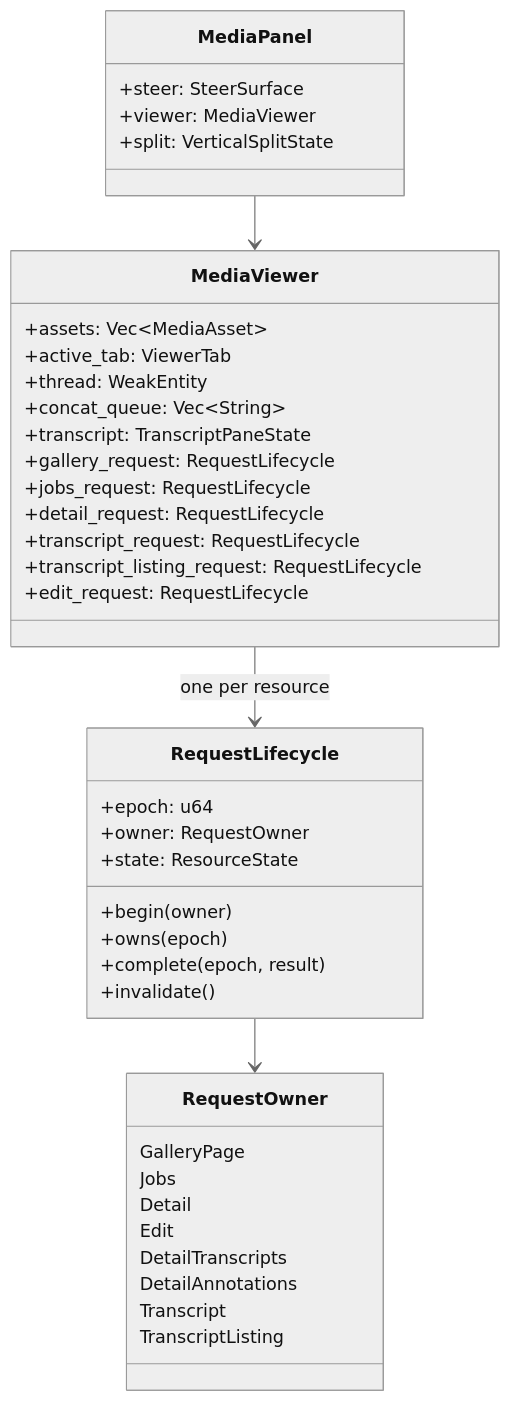
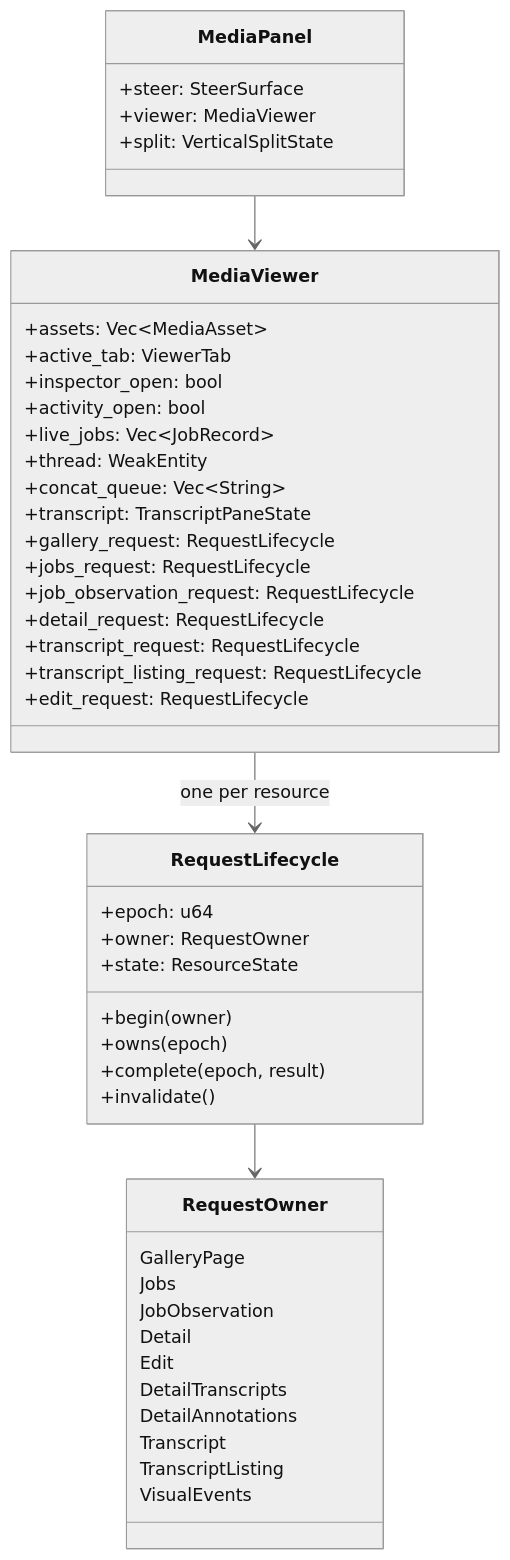
One commit to mdz-axo/zed-kask changed the first of 2 diagrams in kask/docs/diataxis/media_panel/reference.md. Above: the diagram before and after it, drawn with Mermaid (neutral theme). The commit also changed other lines of this file and 4 other files, not shown here.

````diff
--- a/kask/docs/diataxis/media_panel/reference.md
+++ b/kask/docs/diataxis/media_panel/reference.md
@@ -82,43 +98,49 @@
 ```mermaid
 classDiagram
     class MediaPanel {
         +steer: SteerSurface
         +viewer: MediaViewer
         +split: VerticalSplitState
     }
     class MediaViewer {
         +assets: Vec~MediaAsset~
         +active_tab: ViewerTab
+        +inspector_open: bool
+        +activity_open: bool
+        +live_jobs: Vec~JobRecord~
         +thread: WeakEntity
         +concat_queue: Vec~String~
         +transcript: TranscriptPaneState
         +gallery_request: RequestLifecycle
         +jobs_request: RequestLifecycle
+        +job_observation_request: RequestLifecycle
         +detail_request: RequestLifecycle
         +transcript_request: RequestLifecycle
         +transcript_listing_request: RequestLifecycle
         +edit_request: RequestLifecycle
     }
     class RequestLifecycle {
         +epoch: u64
         +owner: RequestOwner
         +state: ResourceState
         +begin(owner)
         +owns(epoch)
         +complete(epoch, result)
         +invalidate()
     }
     class RequestOwner {
         GalleryPage
         Jobs
+        JobObservation
         Detail
         Edit
         DetailTranscripts
         DetailAnnotations
         Transcript
         TranscriptListing
+        VisualEvents
     }
     MediaPanel --> MediaViewer
     MediaViewer --> RequestLifecycle : one per resource
     RequestLifecycle --> RequestOwner
 ```
````
